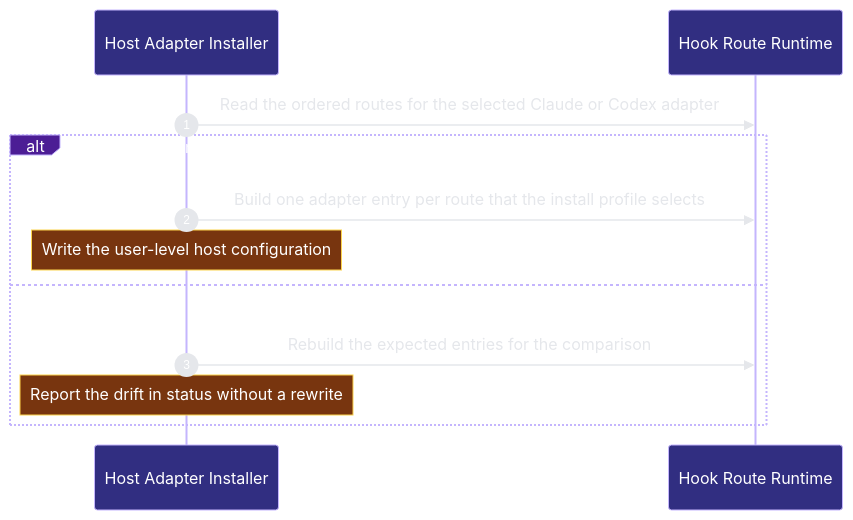
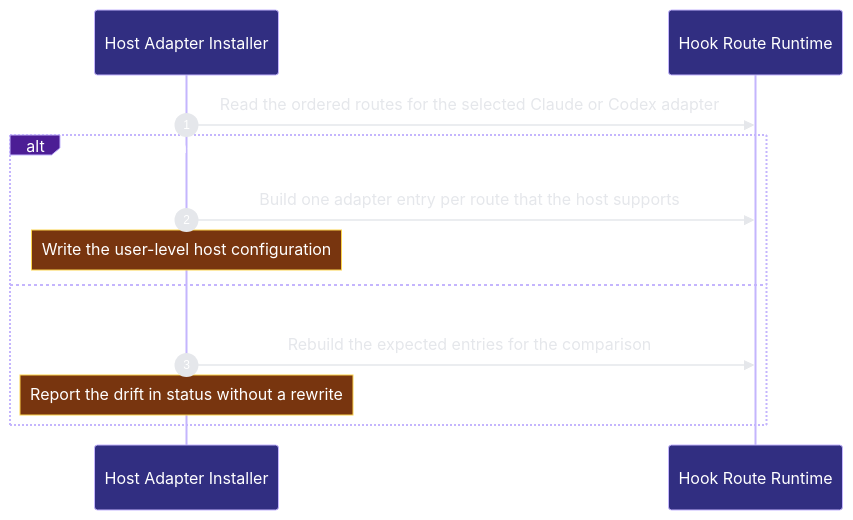
One commit to Ancienttwo/repo-harness changed the second of 5 diagrams in docs/architecture/modules/runtime-harness/hook-adapters.md. Above: the diagram before and after it, drawn with Mermaid. The commit also changed other lines of this file and 14 other files, not shown here.

First line of the commit message:
chore(projection): refresh generated architecture outputs for main@ccdc0587af67

````diff
--- a/docs/architecture/modules/runtime-harness/hook-adapters.md
+++ b/docs/architecture/modules/runtime-harness/hook-adapters.md
@@ -148,15 +155,15 @@
 ```mermaid
 %%{init: {"theme":"base","themeVariables":{"background":"#0d1117","actorBkg":"#312e81","actorBorder":"#c4b5fd","actorTextColor":"#ffffff","signalColor":"#e5e7eb","signalTextColor":"#e5e7eb","labelBoxBkgColor":"#4c1d95","labelBoxBorderColor":"#c4b5fd","labelTextColor":"#ffffff","noteBkgColor":"#78350f","noteBorderColor":"#fcd34d","noteTextColor":"#ffffff","sequenceNumberColor":"#ffffff"}}}%%
 sequenceDiagram
   autonumber
   participant p2_host_installer_e130a8f7 as Host Adapter Installer
   participant p2_route_runtime_281dbb1e as Hook Route Runtime
   p2_host_installer_e130a8f7->>p2_route_runtime_281dbb1e: Read the ordered routes for the selected Claude or Codex adapter
-  alt One managed adapter entry exists per selected route in registry order
-  p2_host_installer_e130a8f7->>p2_route_runtime_281dbb1e: Build one adapter entry per route that the install profile selects
+  alt One managed adapter entry exists per host route in registry order
+  p2_host_installer_e130a8f7->>p2_route_runtime_281dbb1e: Build one adapter entry per route that the host supports
     Note over p2_host_installer_e130a8f7: Write the user-level host configuration
   else An installed projection differs from the registry
   p2_host_installer_e130a8f7->>p2_route_runtime_281dbb1e: Rebuild the expected entries for the comparison
     Note over p2_host_installer_e130a8f7: Report the drift in status without a rewrite
   end
 ```
````
